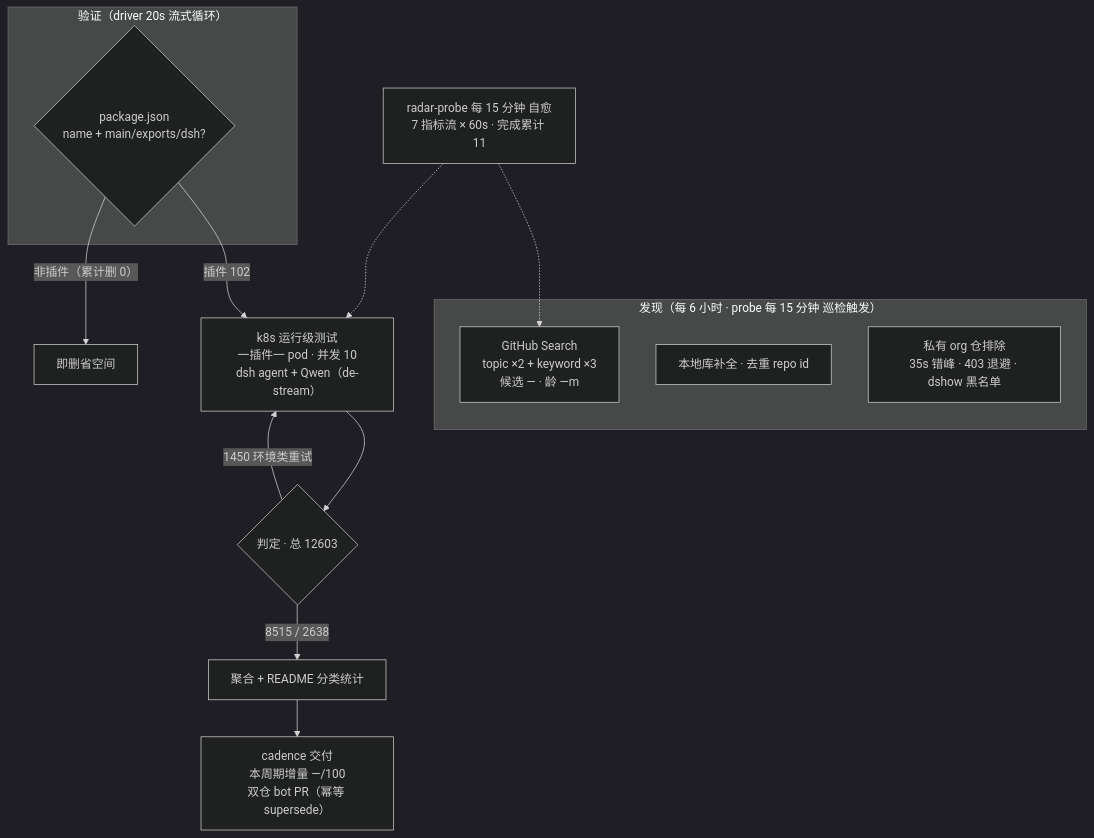
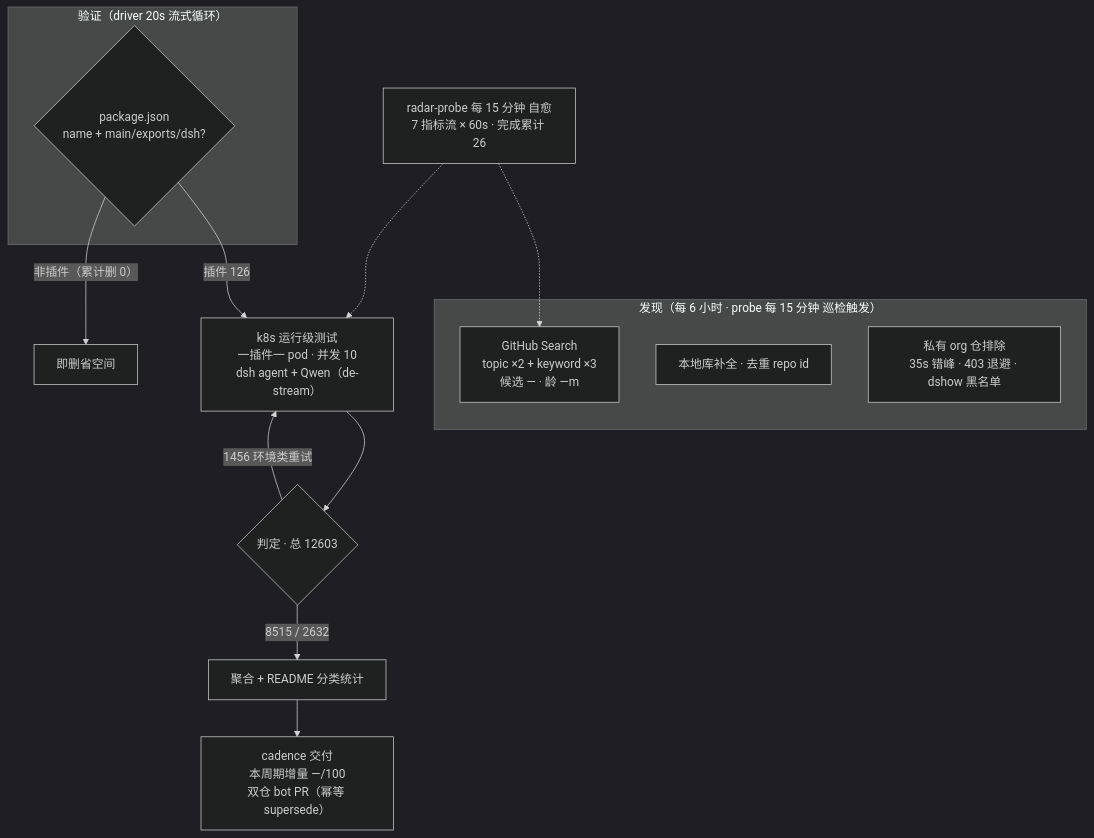
Before and after one commit to AdamPlatin123/awesome-dsh-plugins: the diagram in README.md, drawn with Mermaid (dark theme). The commit also changed other lines of this file and 5 other files, not shown here.

````diff
--- a/README.md
+++ b/README.md
@@ -52,20 +52,20 @@
 ```mermaid
 flowchart TB
     subgraph Discovery["发现（每 6 小时 · probe 每 15 分钟 巡检触发）"]
         A1["GitHub Search<br/>topic ×2 + keyword ×3<br/>候选 — · 龄 —m"]
         A2["本地库补全 · 去重 repo id"]
         A3["私有 org 仓排除<br/>35s 错峰 · 403 退避 · dshow 黑名单"]
     end
     subgraph Validation["验证（driver 20s 流式循环）"]
         B1{"package.json<br/>name + main/exports/dsh?"}
     end
-    B1 -->|"插件 102"| C1["k8s 运行级测试<br/>一插件一 pod · 并发 10<br/>dsh agent + Qwen（de-stream）"]
+    B1 -->|"插件 126"| C1["k8s 运行级测试<br/>一插件一 pod · 并发 10<br/>dsh agent + Qwen（de-stream）"]
     B1 -->|"非插件（累计删 0）"| B3["即删省空间"]
     C1 --> D1{"判定 · 总 12603"}
-    D1 -->|"8515 / 2638"| E1["聚合 + README 分类统计"]
-    D1 -->|"1450 环境类重试"| C1
+    D1 -->|"8515 / 2632"| E1["聚合 + README 分类统计"]
+    D1 -->|"1456 环境类重试"| C1
     E1 --> E2["cadence 交付<br/>本周期增量 —/100<br/>双仓 bot PR（幂等 supersede）"]
-    M["radar-probe 每 15 分钟 自愈<br/>7 指标流 × 60s · 完成累计 11"]
+    M["radar-probe 每 15 分钟 自愈<br/>7 指标流 × 60s · 完成累计 26"]
     M -.-> A1
     M -.-> C1
 ```
````
